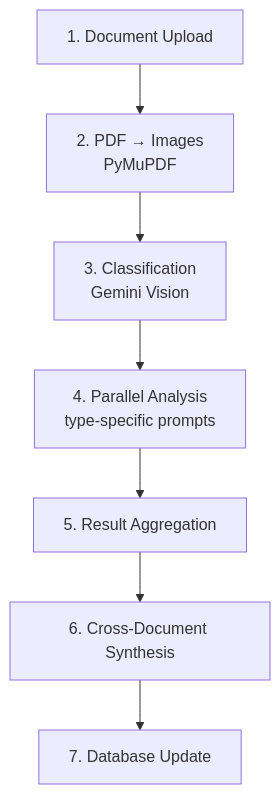
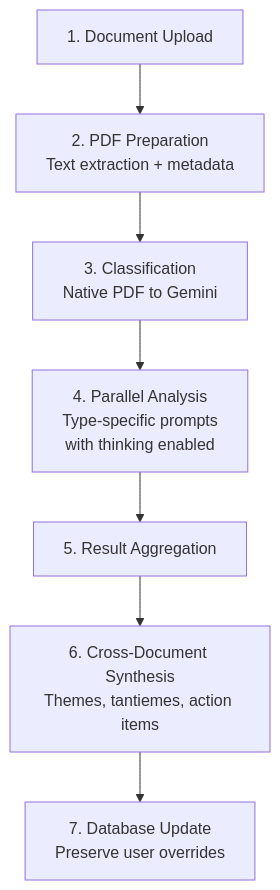
The second of 2 diagrams in docs/backend/ai-services.md (benjamin-karaoglan/AppArtAgent), drawn with Mermaid before and after one commit. The commit also changed other lines of this file and 10 other files, not shown here.

````diff
--- a/docs/backend/ai-services.md
+++ b/docs/backend/ai-services.md
@@ -152,9 +158,9 @@
 ```mermaid
 flowchart TD
-    A[1. Document Upload] --> B[2. PDF → Images<br/>PyMuPDF]
-    B --> C[3. Classification<br/>Gemini Vision]
-    C --> D[4. Parallel Analysis<br/>type-specific prompts]
+    A[1. Document Upload] --> B[2. PDF Preparation<br/>Text extraction + metadata]
+    B --> C[3. Classification<br/>Native PDF to Gemini]
+    C --> D[4. Parallel Analysis<br/>Type-specific prompts<br/>with thinking enabled]
     D --> E[5. Result Aggregation]
-    E --> F[6. Cross-Document Synthesis]
-    F --> G[7. Database Update]
+    E --> F[6. Cross-Document Synthesis<br/>Themes, tantiemes, action items]
+    F --> G[7. Database Update<br/>Preserve user overrides]
 ```
````
